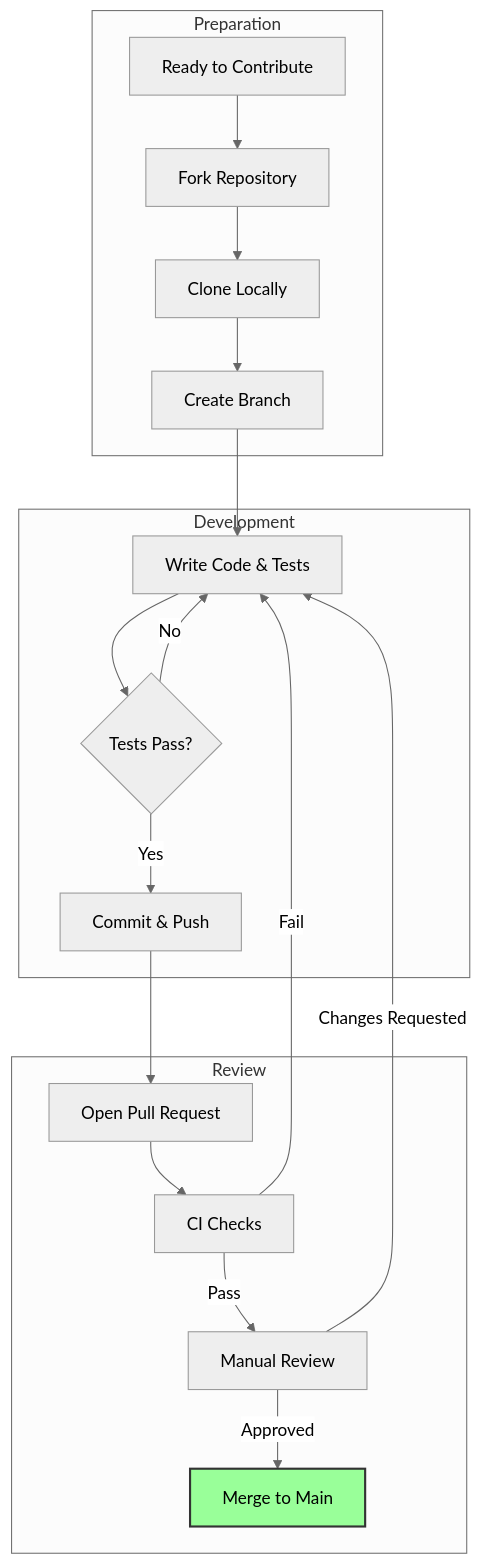
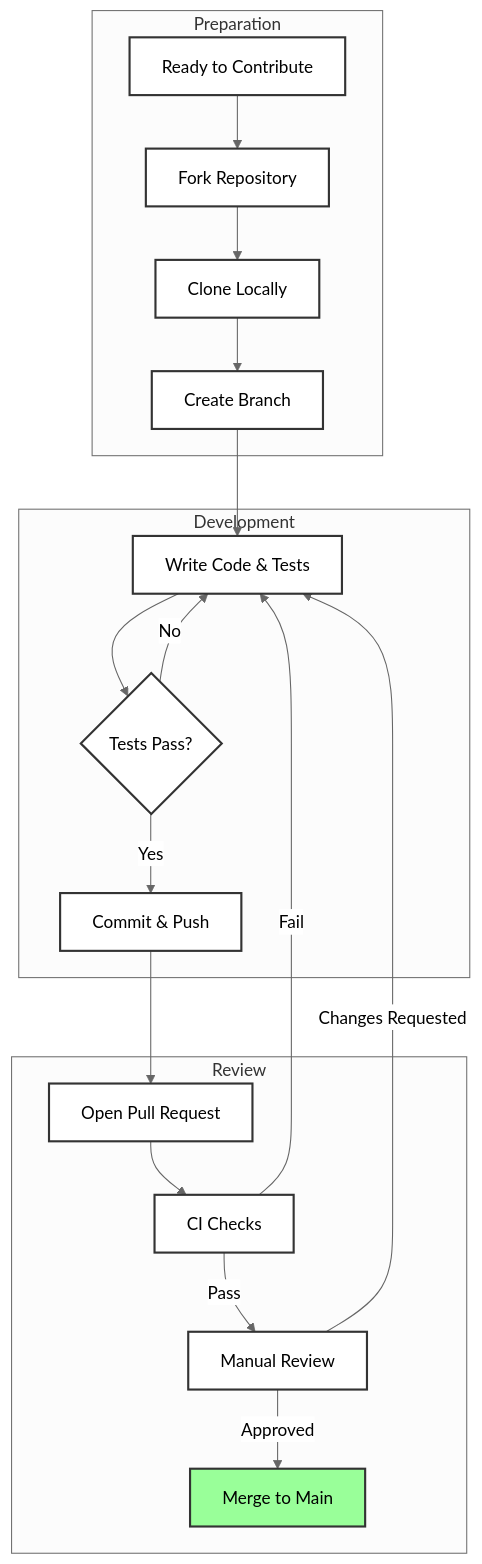
Before and after one commit to ranveerminhas0/nxtgencore: the second of 2 diagrams in CONTRIBUTING.md, drawn with Mermaid (neutral theme). The commit also changed other lines of this file, not shown here.

````diff
--- a/CONTRIBUTING.md
+++ b/CONTRIBUTING.md
@@ -44,26 +47,29 @@
 ```mermaid
 graph TD
+    classDef default fill:#fff,stroke:#333,stroke-width:2px,color:#000;
+
     subgraph "Preparation"
         G[Ready to Contribute] --> H[Fork Repository]
         H --> I[Clone Locally]
         I --> J[Create Branch]
     end
 
     subgraph "Development"
         J --> K[Write Code & Tests]
         K --> L{Tests Pass?}
         L -->|No| K
         L -->|Yes| M[Commit & Push]
     end
 
     subgraph "Review"
         M --> N[Open Pull Request]
         N --> O[CI Checks]
         O -->|Fail| K
         O -->|Pass| P[Manual Review]
         P -->|Approved| Q[Merge to Main]
         P -->|Changes Requested| K
     end
 
-    style Q fill:#9f9,stroke:#333,stroke-width:2px
+    class G,H,I,J,K,L,M,N,O,P,Q default;
+    style Q fill:#9f9,stroke:#333,stroke-width:2px,color:#000
 ```
````
